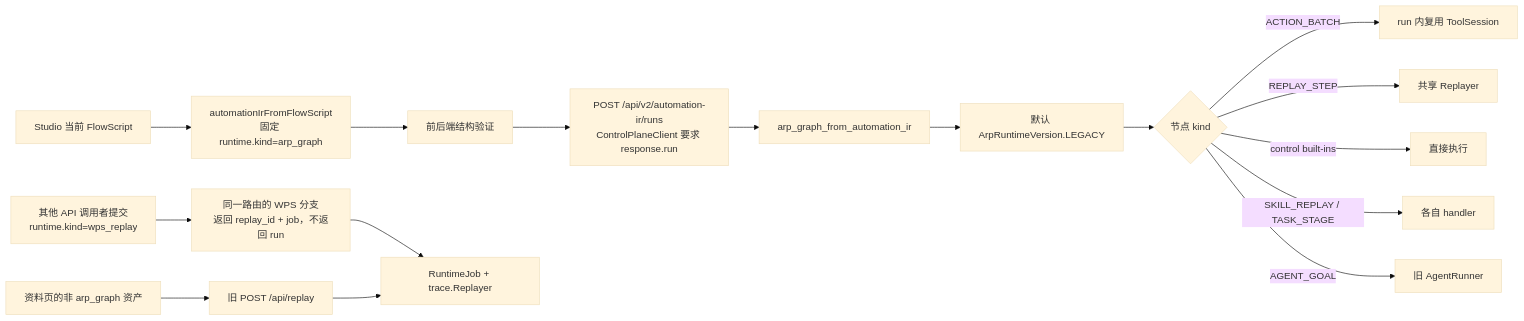
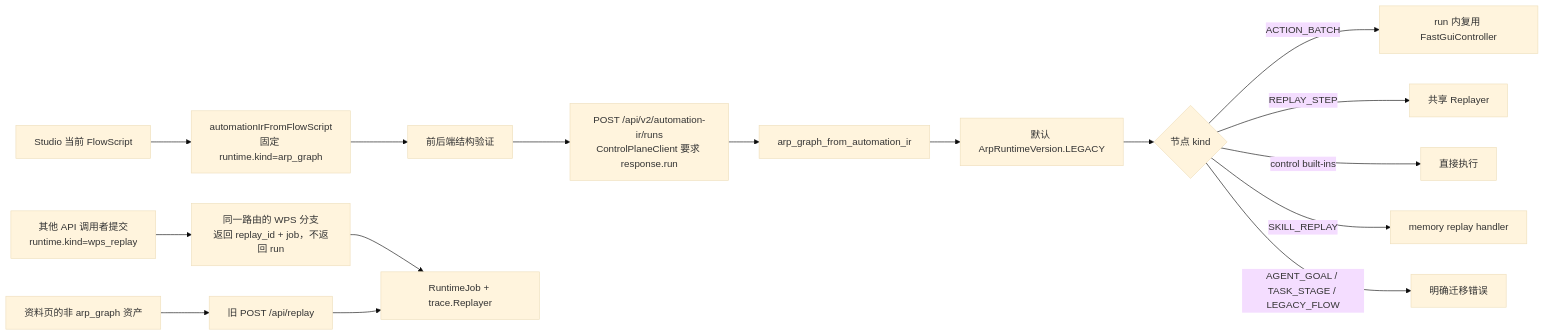
The ninth of 10 diagrams in docs/project-guide/02-runtime-flows.md (zoujiapeng/lingdong-script), drawn with Mermaid (base theme) before and after one commit. The commit also changed other lines of this file and 23 other files, not shown here.

Commit message:
Document simplified post-migration architecture

````diff
--- a/docs/project-guide/02-runtime-flows.md
+++ b/docs/project-guide/02-runtime-flows.md
@@ -527,20 +528,20 @@
 ```mermaid
 flowchart LR
   Editor["Studio 当前 FlowScript"] --> Convert["automationIrFromFlowScript\n固定 runtime.kind=arp_graph"]
   Convert --> Validate["前后端结构验证"]
   Validate --> StartAutomation["POST /api/v2/automation-ir/runs\nControlPlaneClient 要求 response.run"]
   StartAutomation --> Graph["arp_graph_from_automation_ir"]
   Graph --> LegacyARP["默认 ArpRuntimeVersion.LEGACY"]
 
   WpsCaller["其他 API 调用者提交\nruntime.kind=wps_replay"] --> WpsBranch["同一路由的 WPS 分支\n返回 replay_id + job，不返回 run"]
   Assets["资料页的非 arp_graph 资产"] --> OldReplay["旧 POST /api/replay"]
   WpsBranch --> Replayer["RuntimeJob + trace.Replayer"]
   OldReplay --> Replayer
 
   LegacyARP --> Nodes{"节点 kind"}
-  Nodes -->|ACTION_BATCH| ToolSession["run 内复用 ToolSession"]
+  Nodes -->|ACTION_BATCH| FastController["run 内复用 FastGuiController"]
   Nodes -->|REPLAY_STEP| SharedReplayer["共享 Replayer"]
   Nodes -->|control built-ins| Direct["直接执行"]
-  Nodes -->|SKILL_REPLAY / TASK_STAGE| Handler["各自 handler"]
-  Nodes -->|AGENT_GOAL| OldAgent["旧 AgentRunner"]
+  Nodes -->|SKILL_REPLAY| Handler["memory replay handler"]
+  Nodes -->|AGENT_GOAL / TASK_STAGE / LEGACY_FLOW| Removed["明确迁移错误"]
 ```
````
